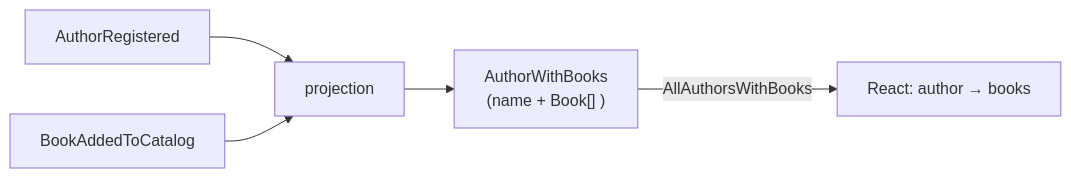
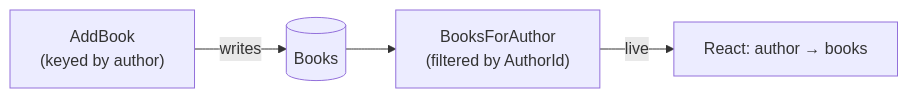
The diagram in Documentation/tutorial/books-and-relationships.mdx (Cratis/Arc), drawn with Mermaid before and after one commit. The commit also changed other lines of this file and 3 other files, not shown here.

````diff
--- a/Documentation/tutorial/books-and-relationships.mdx
+++ b/Documentation/tutorial/books-and-relationships.mdx
@@ -12,7 +12,6 @@
 ```mermaid
 flowchart LR
-    AR["AuthorRegistered"] --> P["projection"]
-    BA["BookAddedToCatalog"] --> P
-    P --> RM["AuthorWithBooks<br/>(name + Book[] )"]
-    RM -->|AllAuthorsWithBooks| UI["React: author → books"]
+    AB["AddBook<br/>(keyed by author)"] -->|writes| DB[("Books")]
+    DB --> Q["BooksForAuthor<br/>(filtered by AuthorId)"]
+    Q -->|live| UI["React: author → books"]
 ```
````
